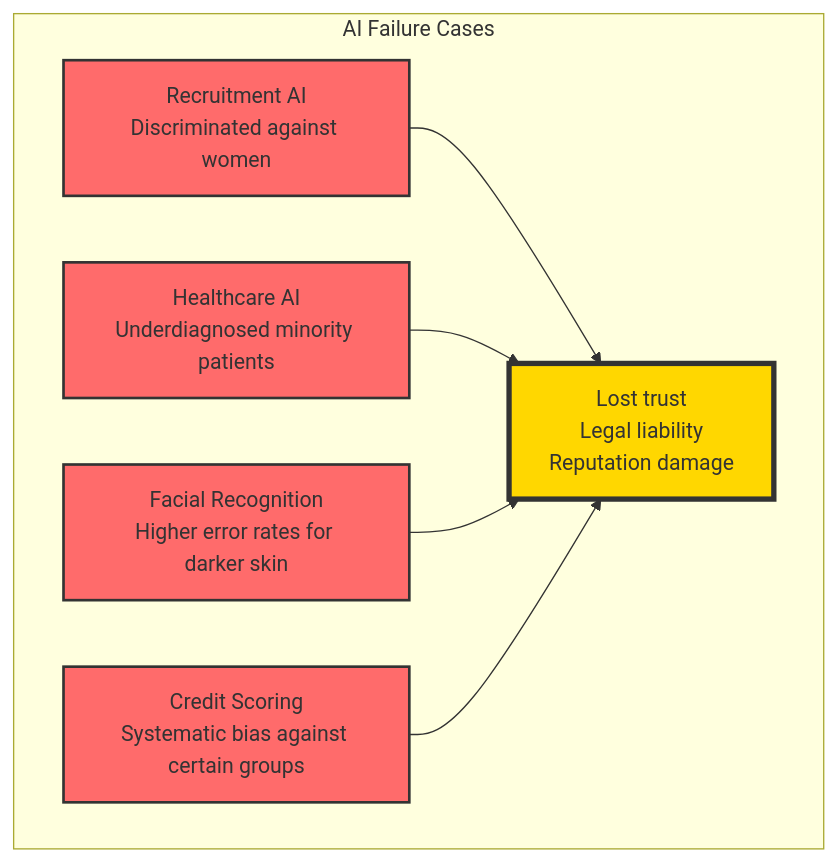
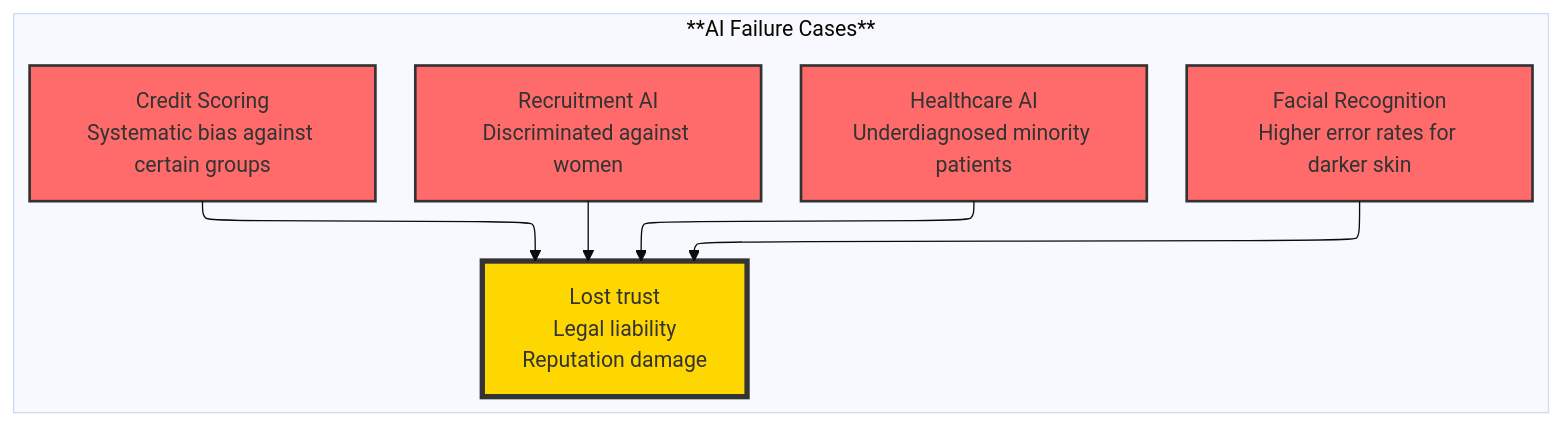
The first of 5 diagrams in The 2026 AI Metromap/The 2026 AI Metromap: Ethics & Responsible AI – The Safety Systems of the Metro.md (Vineet-Sharma-Medium-Stories/Medium-Build-Tool), drawn with Mermaid before and after one commit. The commit also changed other lines of this file and 37 other files, not shown here.

````diff
--- a/The 2026 AI Metromap/The 2026 AI Metromap: Ethics & Responsible AI – The Safety Systems of the Metro.md
+++ b/The 2026 AI Metromap/The 2026 AI Metromap: Ethics & Responsible AI – The Safety Systems of the Metro.md
@@ -67,15 +67,20 @@
 ```mermaid
+---
+config:
+  theme: base
+  layout: elk
+---
 graph TD
-    subgraph "AI Failure Cases"
+    subgraph "**AI Failure Cases**"
         A[Recruitment AI<br/>Discriminated against women] --> C[Lost trust<br/>Legal liability<br/>Reputation damage]
         B[Healthcare AI<br/>Underdiagnosed minority patients] --> C
         D[Facial Recognition<br/>Higher error rates for darker skin] --> C
         E[Credit Scoring<br/>Systematic bias against certain groups] --> C
     end
     
     style A fill:#ff6b6b,stroke:#333,stroke-width:2px
     style B fill:#ff6b6b,stroke:#333,stroke-width:2px
     style D fill:#ff6b6b,stroke:#333,stroke-width:2px
     style E fill:#ff6b6b,stroke:#333,stroke-width:2px
     style C fill:#ffd700,stroke:#333,stroke-width:4px
 ```
````
